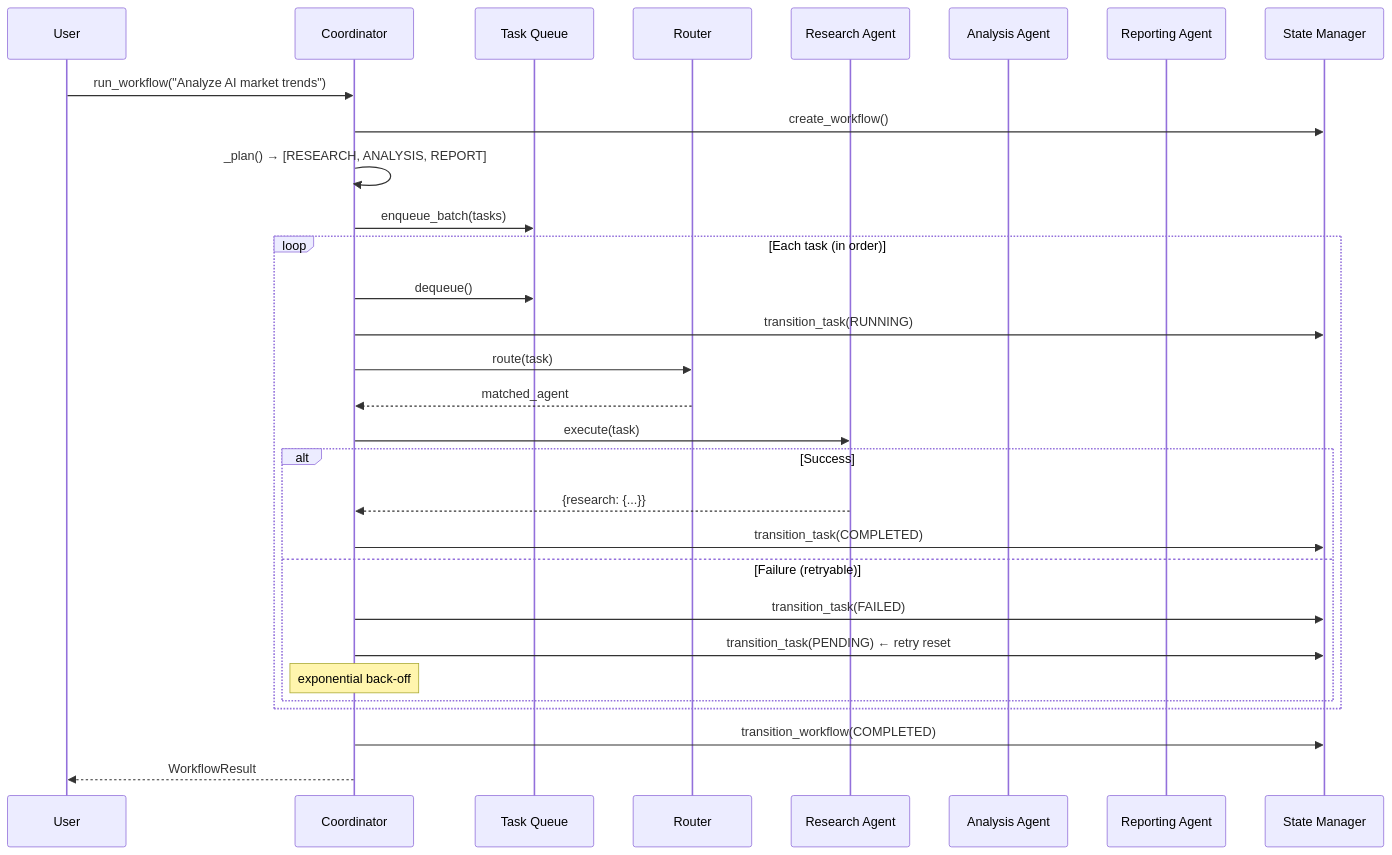
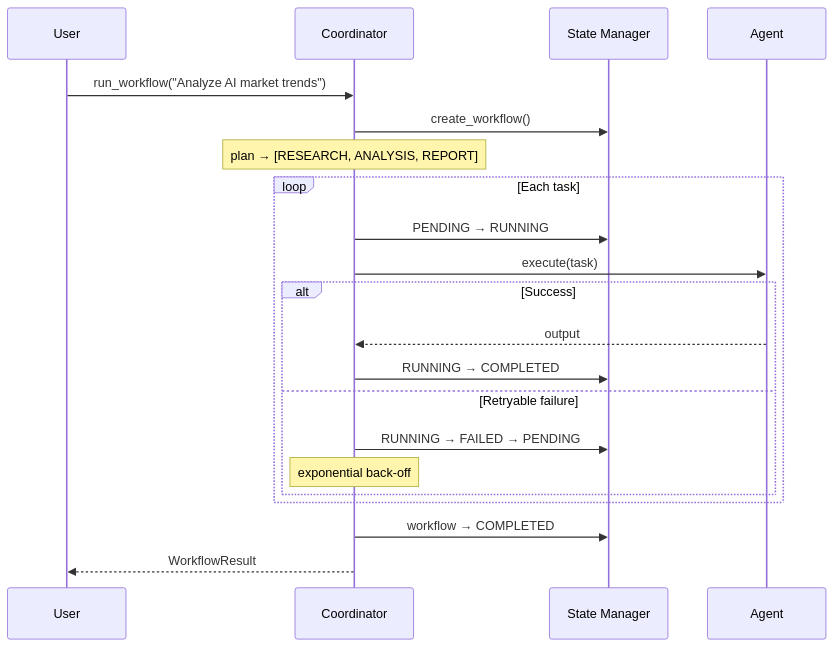
One commit to garceslabs/ai-coordination-system changed the second of 2 diagrams in README.md. Above: the diagram before and after it, drawn with Mermaid.

Commit message:
Simplify workflow sequence diagram in README
Reduces participants from 8 to 4 by collapsing queue, router, and
individual agents into a single Agent participant, keeping focus on
orchestration semantics rather than implementation details.

````diff
--- a/README.md
+++ b/README.md
@@ -52,35 +52,26 @@
 ```mermaid
 sequenceDiagram
     participant U as User
     participant C as Coordinator
-    participant Q as Task Queue
-    participant R as Router
-    participant RA as Research Agent
-    participant AA as Analysis Agent
-    participant REP as Reporting Agent
     participant SM as State Manager
+    participant A as Agent
 
     U->>C: run_workflow("Analyze AI market trends")
     C->>SM: create_workflow()
-    C->>C: _plan() → [RESEARCH, ANALYSIS, REPORT]
-    C->>Q: enqueue_batch(tasks)
+    Note over C: plan → [RESEARCH, ANALYSIS, REPORT]
 
-    loop Each task (in order)
-        C->>Q: dequeue()
-        C->>SM: transition_task(RUNNING)
-        C->>R: route(task)
-        R-->>C: matched_agent
-        C->>RA: execute(task)
+    loop Each task
+        C->>SM: PENDING → RUNNING
+        C->>A: execute(task)
         alt Success
-            RA-->>C: {research: {...}}
-            C->>SM: transition_task(COMPLETED)
-        else Failure (retryable)
-            C->>SM: transition_task(FAILED)
-            C->>SM: transition_task(PENDING) ← retry reset
+            A-->>C: output
+            C->>SM: RUNNING → COMPLETED
+        else Retryable failure
+            C->>SM: RUNNING → FAILED → PENDING
             Note over C: exponential back-off
         end
     end
 
-    C->>SM: transition_workflow(COMPLETED)
+    C->>SM: workflow → COMPLETED
     C-->>U: WorkflowResult
 ```
````
